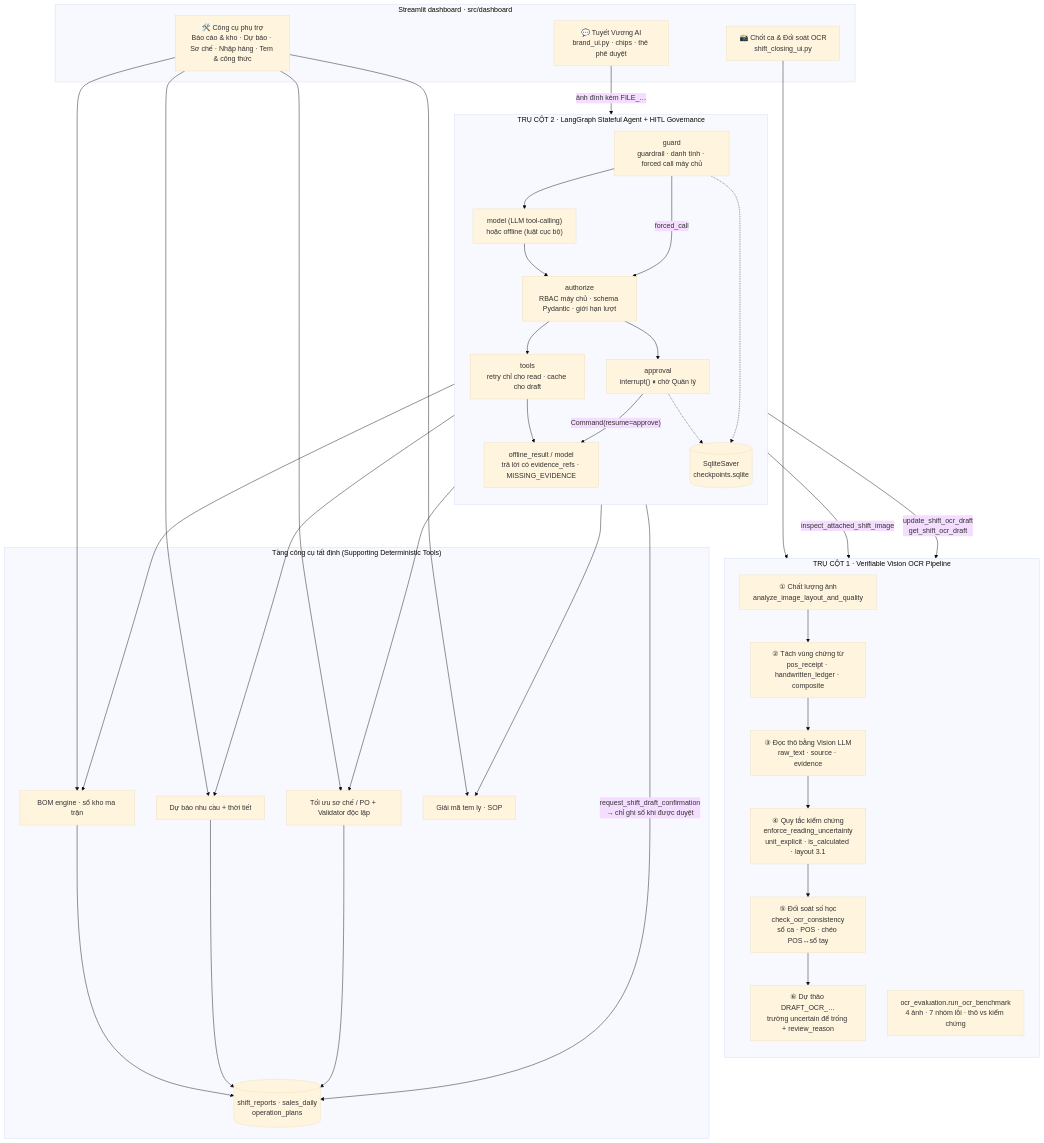
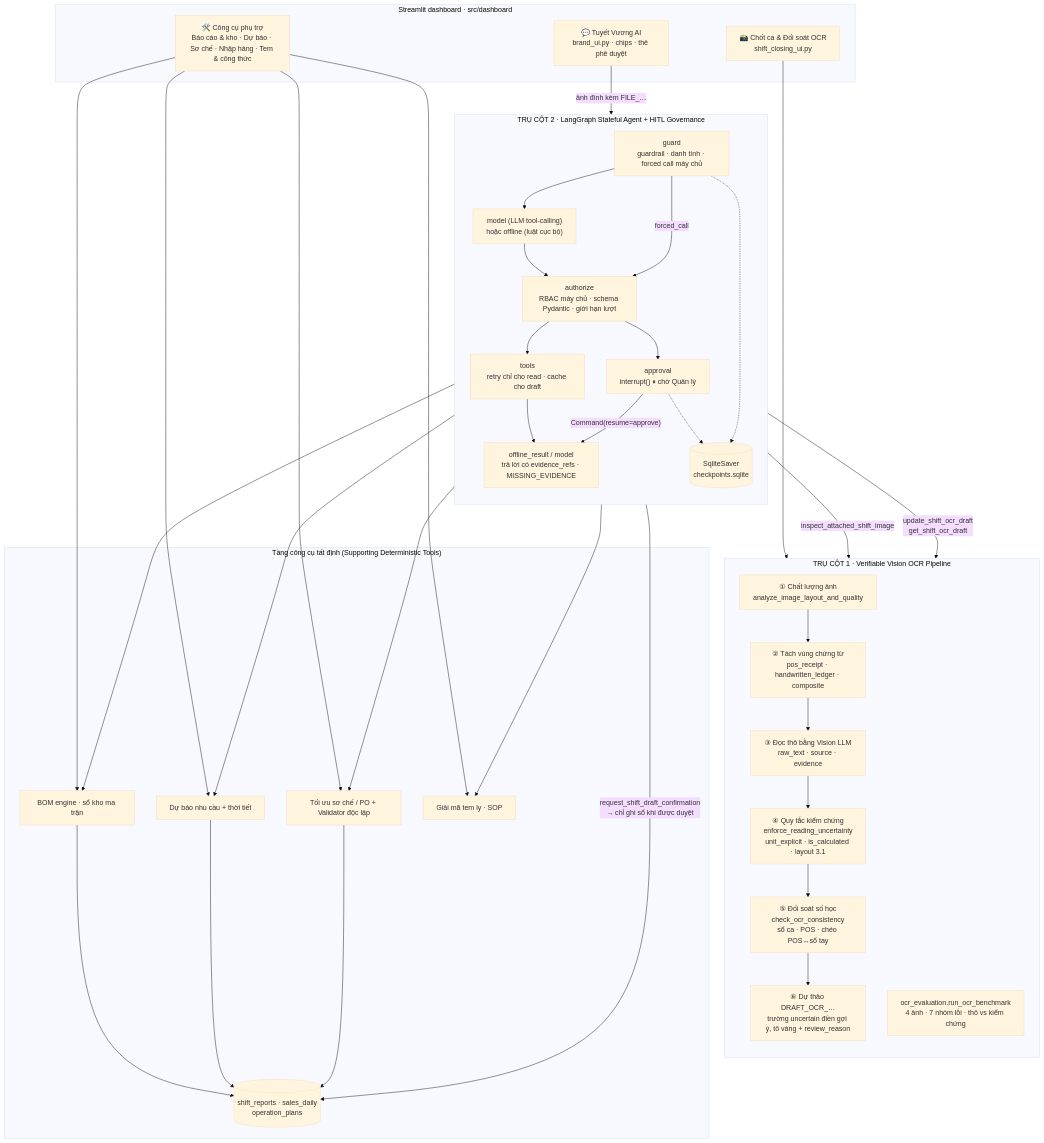
One commit to Quang20040/AI-Agent_mixue changed the diagram in README.md. Above: the diagram before and after it, drawn with Mermaid (base theme). The commit also changed other lines of this file and 11 other files, not shown here.

First line of the commit message:
feat(ocr): quét xong điền sẵn gợi ý (tô vàng), nhân viên kiểm tra rồi gửi, Quản lý duyệt mới ghi sổ

````diff
--- a/README.md
+++ b/README.md
@@ -20,55 +20,55 @@
 ```mermaid
 flowchart TB
     subgraph UI["Streamlit dashboard · src/dashboard"]
         OCRP["📸 Chốt ca & Đối soát OCR<br/>shift_closing_ui.py"]
         CHAT["💬 Tuyết Vương AI<br/>brand_ui.py · chips · thẻ phê duyệt"]
         SUP["🛠️ Công cụ phụ trợ<br/>Báo cáo & kho · Dự báo · Sơ chế · Nhập hàng · Tem & công thức"]
     end
 
     subgraph P1["TRỤ CỘT 1 · Verifiable Vision OCR Pipeline"]
         direction TB
         Q1["① Chất lượng ảnh<br/>analyze_image_layout_and_quality"]
         Q2["② Tách vùng chứng từ<br/>pos_receipt · handwritten_ledger · composite"]
         Q3["③ Đọc thô bằng Vision LLM<br/>raw_text · source · evidence"]
         Q4["④ Quy tắc kiểm chứng<br/>enforce_reading_uncertainty<br/>unit_explicit · is_calculated · layout 3.1"]
         Q5["⑤ Đối soát số học<br/>check_ocr_consistency<br/>sổ ca · POS · chéo POS↔sổ tay"]
-        Q6["⑥ Dự thảo DRAFT_OCR_…<br/>trường uncertain để trống + review_reason"]
+        Q6["⑥ Dự thảo DRAFT_OCR_…<br/>trường uncertain điền gợi ý, tô vàng + review_reason"]
         Q1 --> Q2 --> Q3 --> Q4 --> Q5 --> Q6
         BENCH["ocr_evaluation.run_ocr_benchmark<br/>4 ảnh · 7 nhóm lỗi · thô vs kiểm chứng"]
     end
 
     subgraph P2["TRỤ CỘT 2 · LangGraph Stateful Agent + HITL Governance"]
         direction TB
         G["guard<br/>guardrail · danh tính · forced call máy chủ"]
         M["model (LLM tool-calling)<br/>hoặc offline (luật cục bộ)"]
         A["authorize<br/>RBAC máy chủ · schema Pydantic · giới hạn lượt"]
         T["tools<br/>retry chỉ cho read · cache cho draft"]
         AP["approval<br/>interrupt() ⏸ chờ Quản lý"]
         R["offline_result / model<br/>trả lời có evidence_refs · MISSING_EVIDENCE"]
         CK[("SqliteSaver<br/>checkpoints.sqlite")]
         G --> M --> A
         G -- "forced_call" --> A
         A --> T --> R
         A --> AP
         AP -- "Command(resume=approve)" --> R
         G -.-> CK
         AP -.-> CK
     end
 
     subgraph DT["Tầng công cụ tất định (Supporting Deterministic Tools)"]
         BOM["BOM engine · sổ kho ma trận"]
         FC["Dự báo nhu cầu + thời tiết"]
         OPT["Tối ưu sơ chế / PO + Validator độc lập"]
         STK["Giải mã tem ly · SOP"]
         SR[("shift_reports · sales_daily<br/>operation_plans")]
     end
 
     OCRP --> Q1
     CHAT -- "ảnh đính kèm FILE_…" --> G
     T -- "inspect_attached_shift_image" --> Q1
     T -- "update_shift_ocr_draft<br/>get_shift_ocr_draft" --> Q6
     AP -- "request_shift_draft_confirmation<br/>→ chỉ ghi sổ khi được duyệt" --> SR
     T --> BOM & FC & OPT & STK
     SUP --> BOM & FC & OPT & STK
     BOM & FC & OPT --> SR
 ```
````
